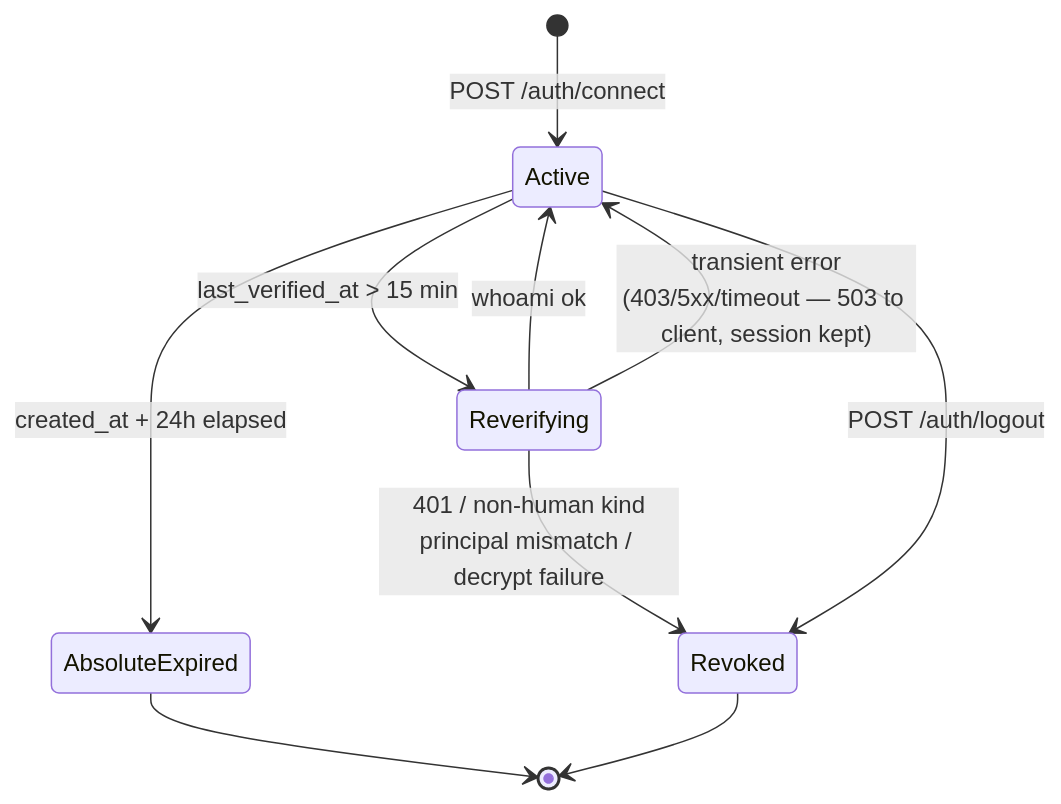
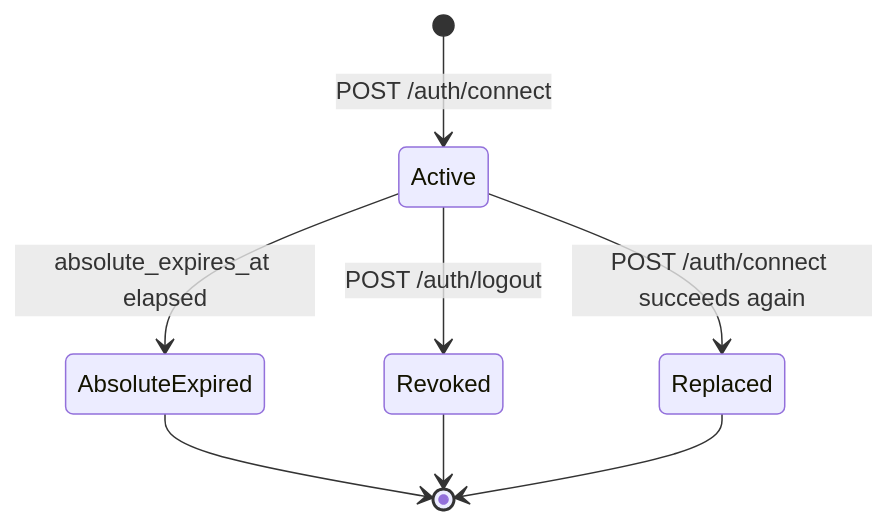
One commit to dhruvviveksharma/QiitaExplore changed the second of 3 diagrams in docs/02-authentication.md. Above: the diagram before and after it, drawn with Mermaid. The commit also changed other lines of this file and 18 other files, not shown here.

````diff
--- a/docs/02-authentication.md
+++ b/docs/02-authentication.md
@@ -132,15 +116,12 @@
 ```mermaid
 stateDiagram-v2
     [*] --> Active: POST /auth/connect
 
-    Active --> Reverifying: last_verified_at > 15 min
-    Reverifying --> Active: whoami ok
-    Reverifying --> Active: transient error<br/>(403/5xx/timeout — 503 to client, session kept)
-    Reverifying --> Revoked: 401 / non-human kind<br/>principal mismatch / decrypt failure
-
-    Active --> AbsoluteExpired: created_at + 24h elapsed
+    Active --> AbsoluteExpired: absolute_expires_at elapsed
     Active --> Revoked: POST /auth/logout
+    Active --> Replaced: POST /auth/connect succeeds again
 
     AbsoluteExpired --> [*]
     Revoked --> [*]
+    Replaced --> [*]
 ```
````
